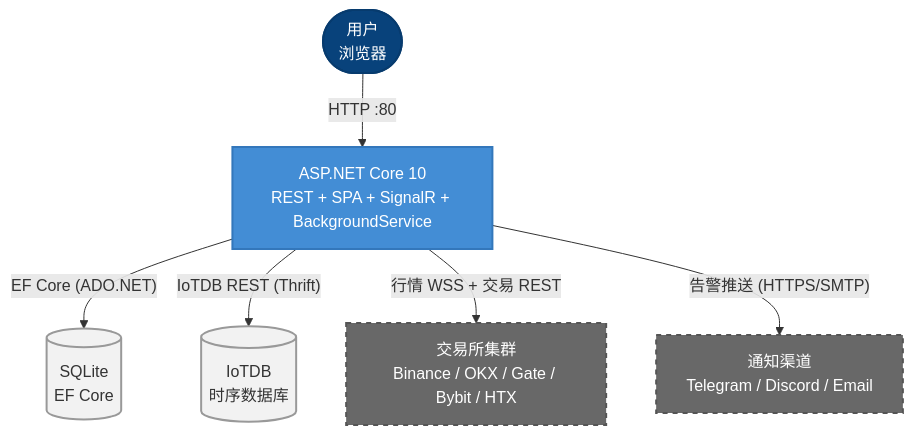
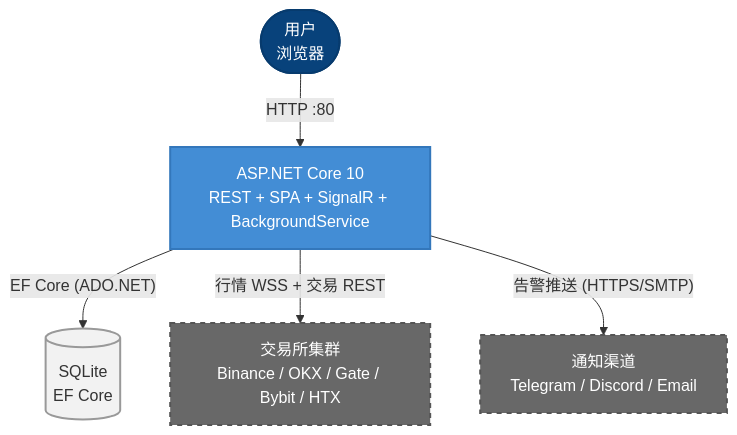
One commit to bambuo/TradeX changed the second of 14 diagrams in docs/TAD.md. Above: the diagram before and after it, drawn with Mermaid. The commit also changed other lines of this file and 16 other files, not shown here.

````diff
--- a/docs/TAD.md
+++ b/docs/TAD.md
@@ -82,22 +82,20 @@
 ```mermaid
 flowchart TB
   classDef person fill:#08427B,color:#fff,stroke:#073B6E,stroke-width:2px,rx:10px,ry:10px
   classDef container fill:#438DD5,color:#fff,stroke:#3377BB,stroke-width:2px
   classDef db fill:#F2F2F2,color:#333,stroke:#999,stroke-width:2px
   classDef ext fill:#686868,color:#fff,stroke:#555,stroke-width:2px,stroke-dasharray:5 5
 
   ADMIN(["用户<br/>浏览器"]):::person
 
   SQLITE[("SQLite<br/>EF Core")]:::db
   TRADEX[ASP.NET Core 10<br/>REST + SPA + SignalR + BackgroundService]:::container
-  IOTDB[("IoTDB<br/>时序数据库")]:::db
 
   EXCHANGES[交易所集群<br/>Binance / OKX / Gate / Bybit / HTX]:::ext
   NOTIF[通知渠道<br/>Telegram / Discord / Email]:::ext
 
   ADMIN -->|"HTTP :80"| TRADEX
   TRADEX -->|"EF Core (ADO.NET)"| SQLITE
-  TRADEX -->|"IoTDB REST (Thrift)"| IOTDB
   TRADEX -->|"行情 WSS + 交易 REST"| EXCHANGES
   TRADEX -->|"告警推送 (HTTPS/SMTP)"| NOTIF
 ```
````
